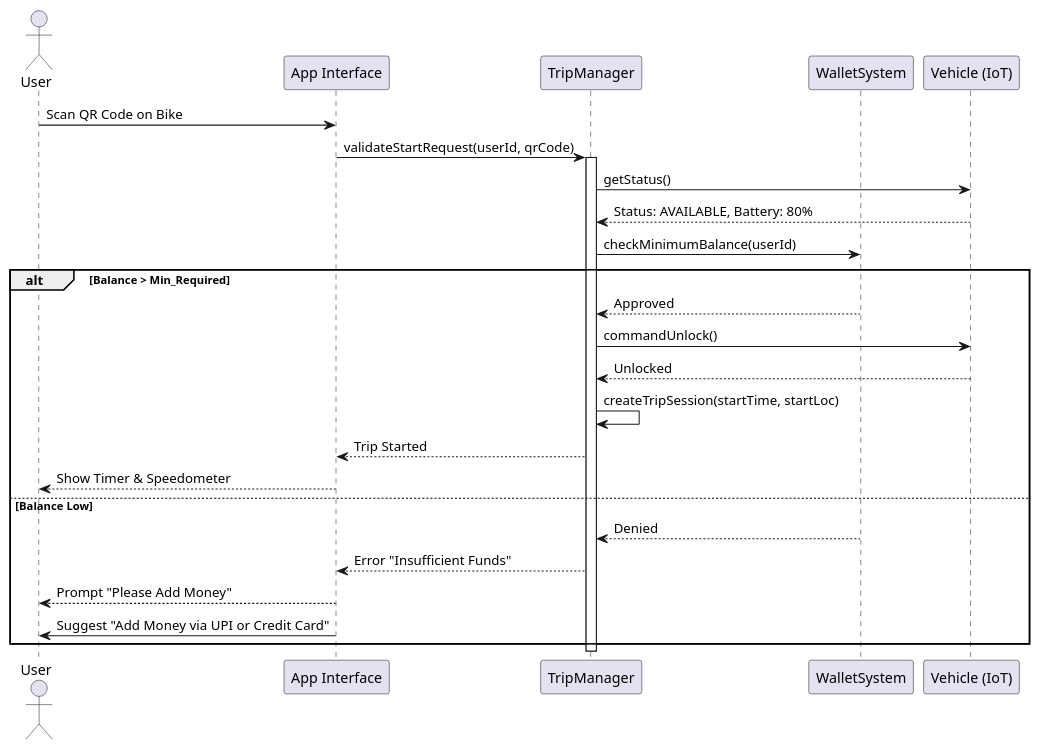
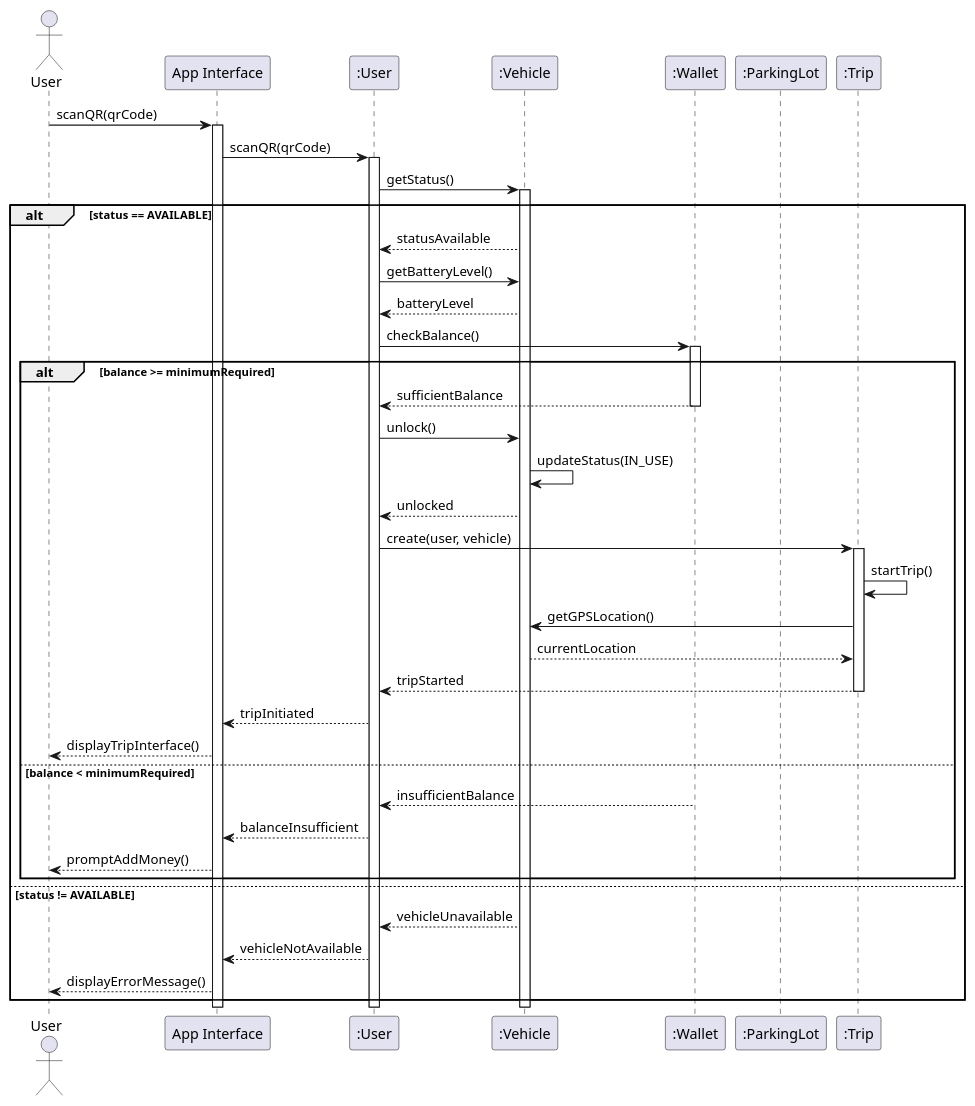
The diagram in Diagrams/Manual/seq2.puml (Kriti1908/se-the-1), drawn with PlantUML before and after one commit. The commit also changed 8 other files, not shown here.

Commit message:
fixed manual sequence diagrams

```diff
--- a/Diagrams/Manual/seq2.puml
+++ b/Diagrams/Manual/seq2.puml
@@ -1,30 +1,68 @@
-@startuml Scenario 2: Starting a Trip (Scan & Unlock)
+@startuml Start_Trip_with_QR_Scan
+
 actor User
 participant "App Interface" as App
-participant "TripManager" as TripMgr
-participant "WalletSystem" as Wallet
-participant "Vehicle (IoT)" as Bike
+participant ":User" as UserObj
+participant ":Vehicle" as Bike
+participant ":Wallet" as WalletObj
+participant ":ParkingLot" as Parking
+participant ":Trip" as TripObj
 
-User -> App: Scan QR Code on Bike
-App -> TripMgr: validateStartRequest(userId, qrCode)
-activate TripMgr
+User -> App: scanQR(qrCode)
+activate App
 
-TripMgr -> Bike: getStatus()
-Bike --> TripMgr: Status: AVAILABLE, Battery: 80%
+App -> UserObj: scanQR(qrCode)
+activate UserObj
 
-TripMgr -> Wallet: checkMinimumBalance(userId)
-alt Balance > Min_Required
-    Wallet --> TripMgr: Approved
-    TripMgr -> Bike: commandUnlock()
-    Bike --> TripMgr: Unlocked
-    TripMgr -> TripMgr: createTripSession(startTime, startLoc)
-    TripMgr --> App: Trip Started
-    App --> User: Show Timer & Speedometer
-else Balance Low
-    Wallet --> TripMgr: Denied
-    TripMgr --> App: Error "Insufficient Funds"
-    App --> User: Prompt "Please Add Money"
-    App -> User: Suggest "Add Money via UPI or Credit Card"
+UserObj -> Bike: getStatus()
+activate Bike
+
+alt status == AVAILABLE
+    Bike --> UserObj: statusAvailable
+    
+    UserObj -> Bike: getBatteryLevel()
+    Bike --> UserObj: batteryLevel
+    
+    UserObj -> WalletObj: checkBalance()
+    activate WalletObj
+    
+    alt balance >= minimumRequired
+        WalletObj --> UserObj: sufficientBalance
+        deactivate WalletObj
+        
+        UserObj -> Bike: unlock()
+        Bike -> Bike: updateStatus(IN_USE)
+        Bike --> UserObj: unlocked
+        
+        UserObj -> TripObj: create(user, vehicle)
+        activate TripObj
+        
+        TripObj -> TripObj: startTrip()
+        TripObj -> Bike: getGPSLocation()
+        Bike --> TripObj: currentLocation
+        
+        TripObj --> UserObj: tripStarted
+        deactivate TripObj
+        
+        UserObj --> App: tripInitiated
+        App --> User: displayTripInterface()
+        
+    else balance < minimumRequired
+        WalletObj --> UserObj: insufficientBalance
+        deactivate WalletObj
+        
+        UserObj --> App: balanceInsufficient
+        App --> User: promptAddMoney()
+    end
+    
+else status != AVAILABLE
+    Bike --> UserObj: vehicleUnavailable
+    UserObj --> App: vehicleNotAvailable
+    App --> User: displayErrorMessage()
 end
-deactivate TripMgr
+
+deactivate Bike
+deactivate UserObj
+deactivate App
+
 @enduml
```
